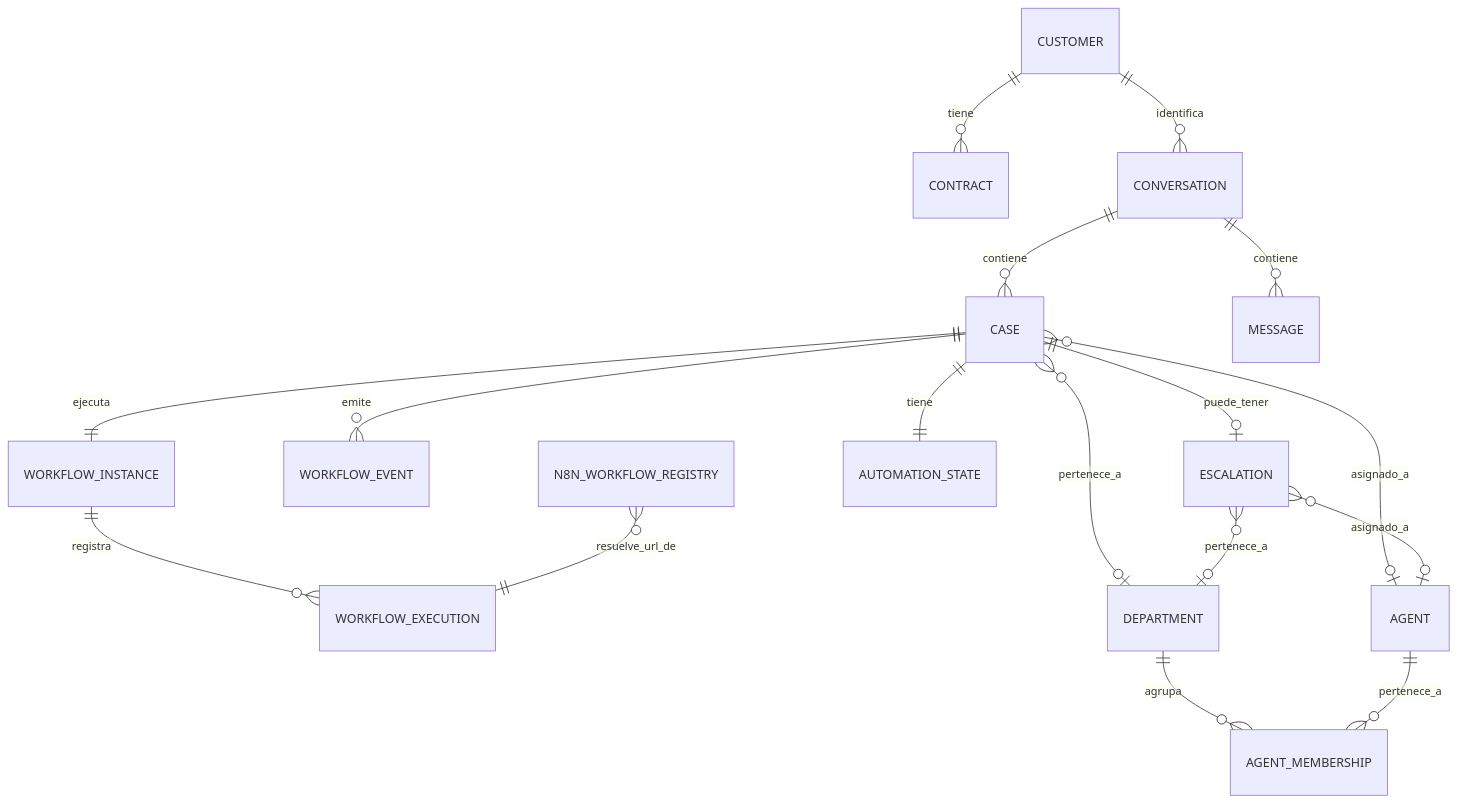
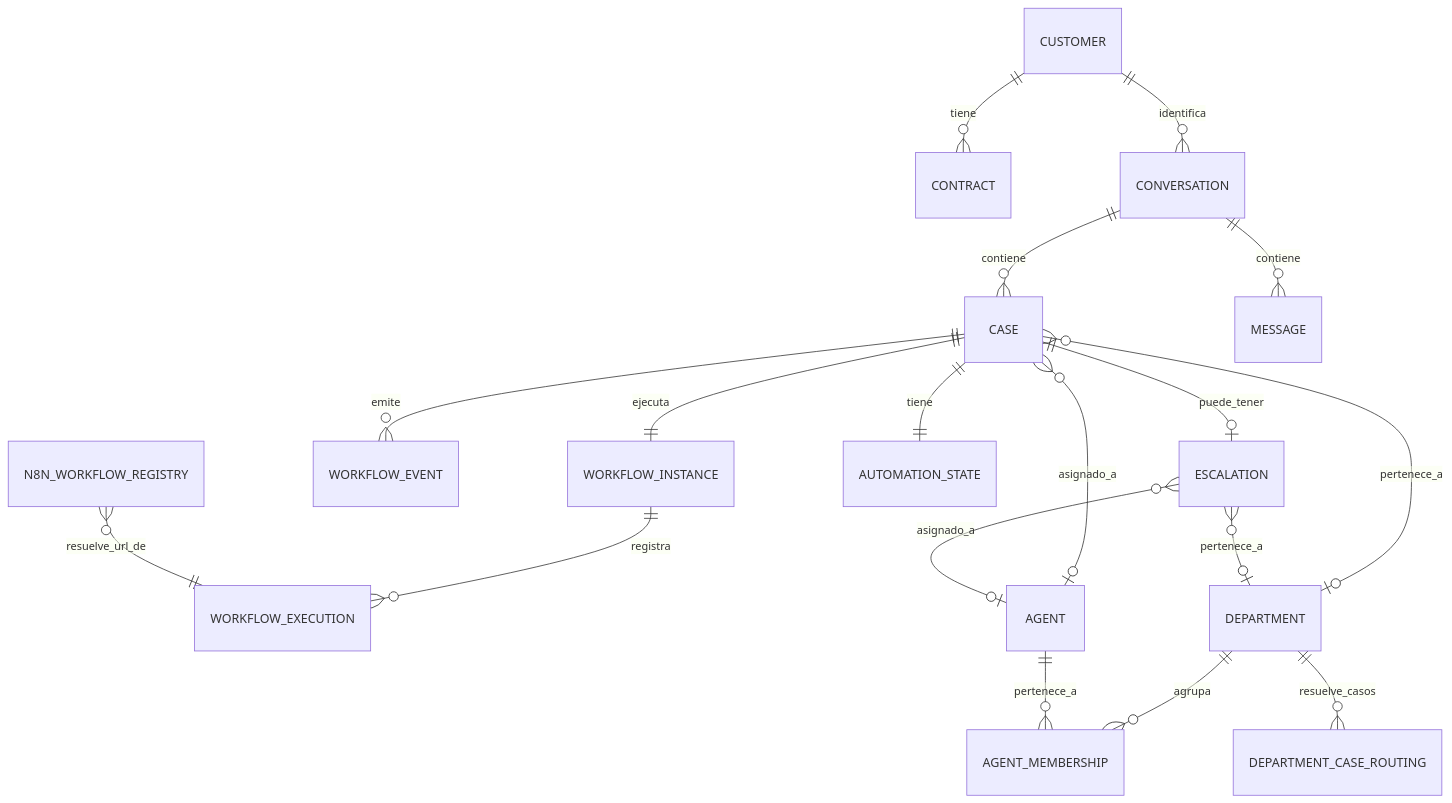
Before and after one commit to xintegrumdevaf/internal_sys_comunication_backend: the diagram in docs/spec/01_DATA_MODEL.md, drawn with Mermaid. The commit also changed other lines of this file and 50 other files, not shown here.

````diff
--- a/docs/spec/01_DATA_MODEL.md
+++ b/docs/spec/01_DATA_MODEL.md
@@ -5,19 +5,20 @@
 ```mermaid
 erDiagram
     CUSTOMER ||--o{ CONTRACT : tiene
     CUSTOMER ||--o{ CONVERSATION : identifica
     CONVERSATION ||--o{ CASE : contiene
     CONVERSATION ||--o{ MESSAGE : contiene
     CASE ||--|| WORKFLOW_INSTANCE : ejecuta
     WORKFLOW_INSTANCE ||--o{ WORKFLOW_EXECUTION : registra
     CASE ||--o{ WORKFLOW_EVENT : emite
     CASE }o--o| DEPARTMENT : pertenece_a
     CASE }o--o| AGENT : asignado_a
     CASE ||--o| ESCALATION : puede_tener
     ESCALATION }o--o| DEPARTMENT : pertenece_a
     ESCALATION }o--o| AGENT : asignado_a
     CASE ||--|| AUTOMATION_STATE : tiene
     DEPARTMENT ||--o{ AGENT_MEMBERSHIP : agrupa
+    DEPARTMENT ||--o{ DEPARTMENT_CASE_ROUTING : resuelve_casos
     AGENT ||--o{ AGENT_MEMBERSHIP : pertenece_a
     N8N_WORKFLOW_REGISTRY }o--|| WORKFLOW_EXECUTION : resuelve_url_de
 ```
````
